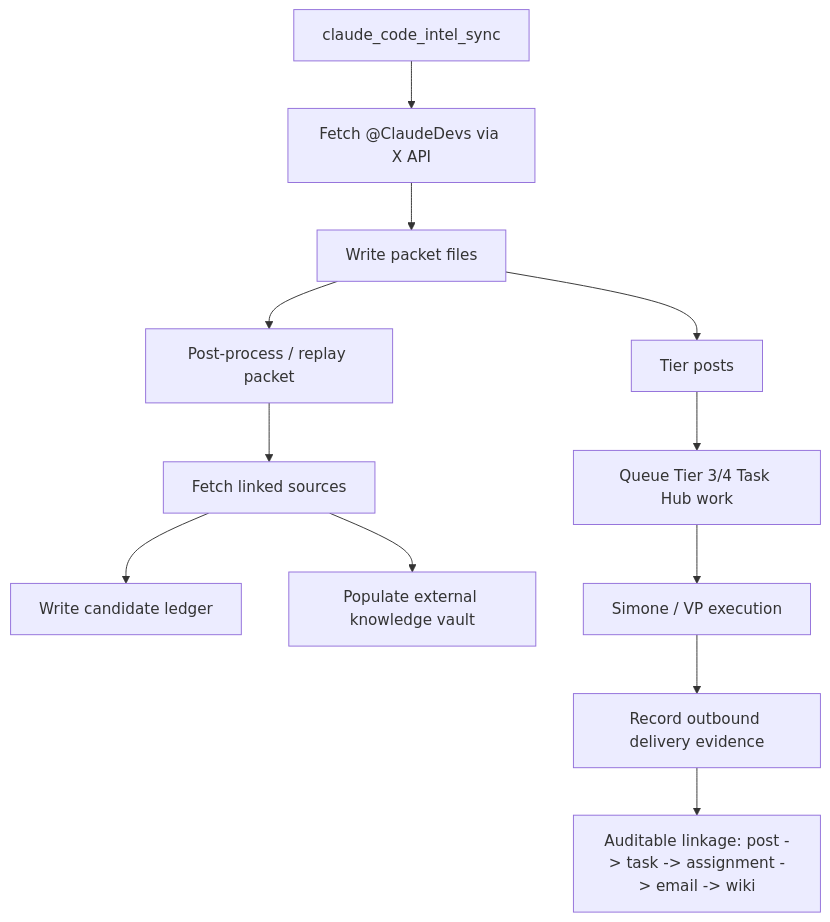
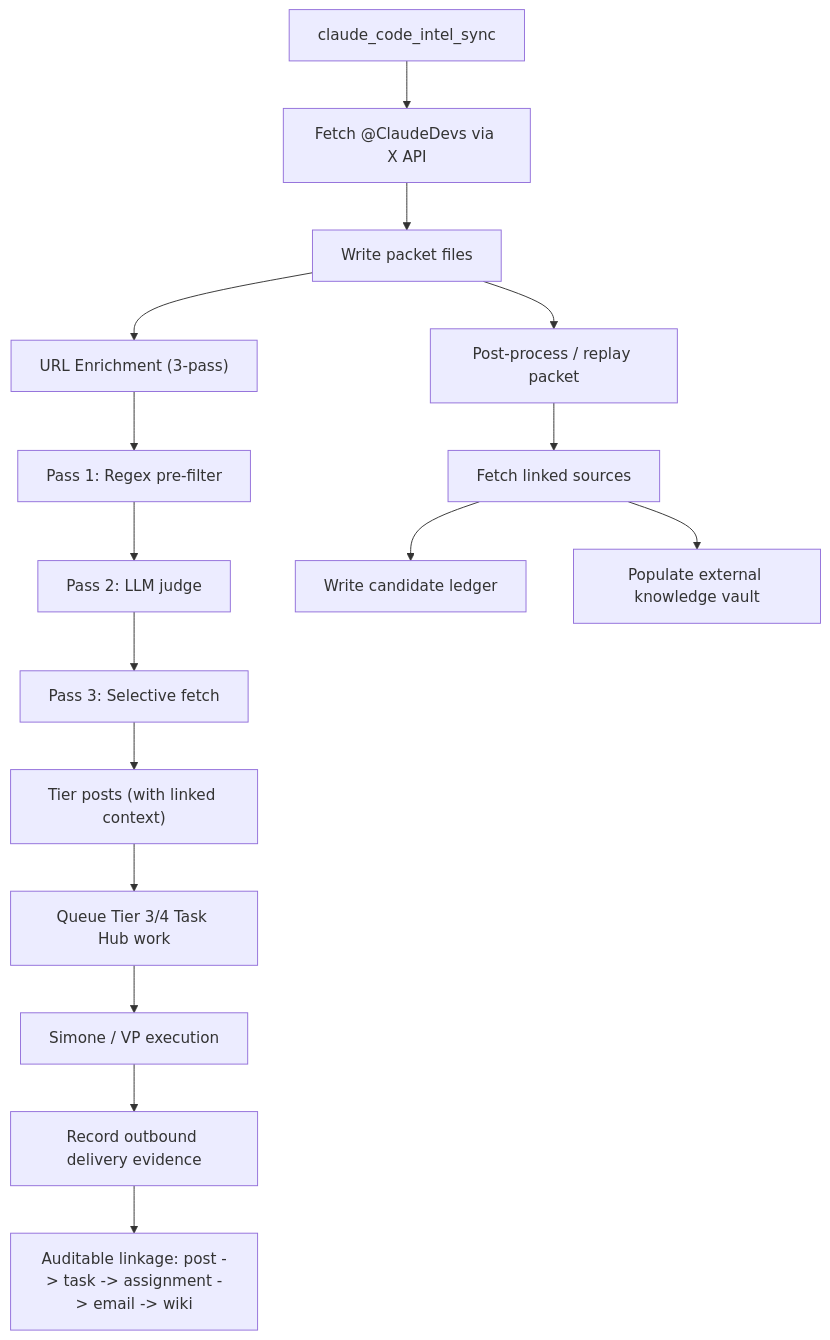
One commit to Kjdragan/universal_agent changed the first of 2 diagrams in docs/02_Subsystems/ClaudeDevs_X_Intelligence_System.md. Above: the diagram before and after it, drawn with Mermaid. The commit also changed other lines of this file and 6 other files, not shown here.

````diff
--- a/docs/02_Subsystems/ClaudeDevs_X_Intelligence_System.md
+++ b/docs/02_Subsystems/ClaudeDevs_X_Intelligence_System.md
@@ -66,14 +68,18 @@
 ```mermaid
 flowchart TD
     Cron["claude_code_intel_sync"] --> Fetch["Fetch @ClaudeDevs via X API"]
     Fetch --> Packet["Write packet files"]
-    Packet --> Classify["Tier posts"]
+    Packet --> Enrich["URL Enrichment (3-pass)"]
+    Enrich --> Filter["Pass 1: Regex pre-filter"]
+    Filter --> Judge["Pass 2: LLM judge"]
+    Judge --> Scrape["Pass 3: Selective fetch"]
+    Scrape --> Classify["Tier posts (with linked context)"]
     Classify --> Queue["Queue Tier 3/4 Task Hub work"]
     Packet --> Replay["Post-process / replay packet"]
     Replay --> Sources["Fetch linked sources"]
     Sources --> Ledger["Write candidate ledger"]
     Sources --> Vault["Populate external knowledge vault"]
     Queue --> Todo["Simone / VP execution"]
     Todo --> Verify["Record outbound delivery evidence"]
     Verify --> Audit["Auditable linkage: post -> task -> assignment -> email -> wiki"]
 ```
````
